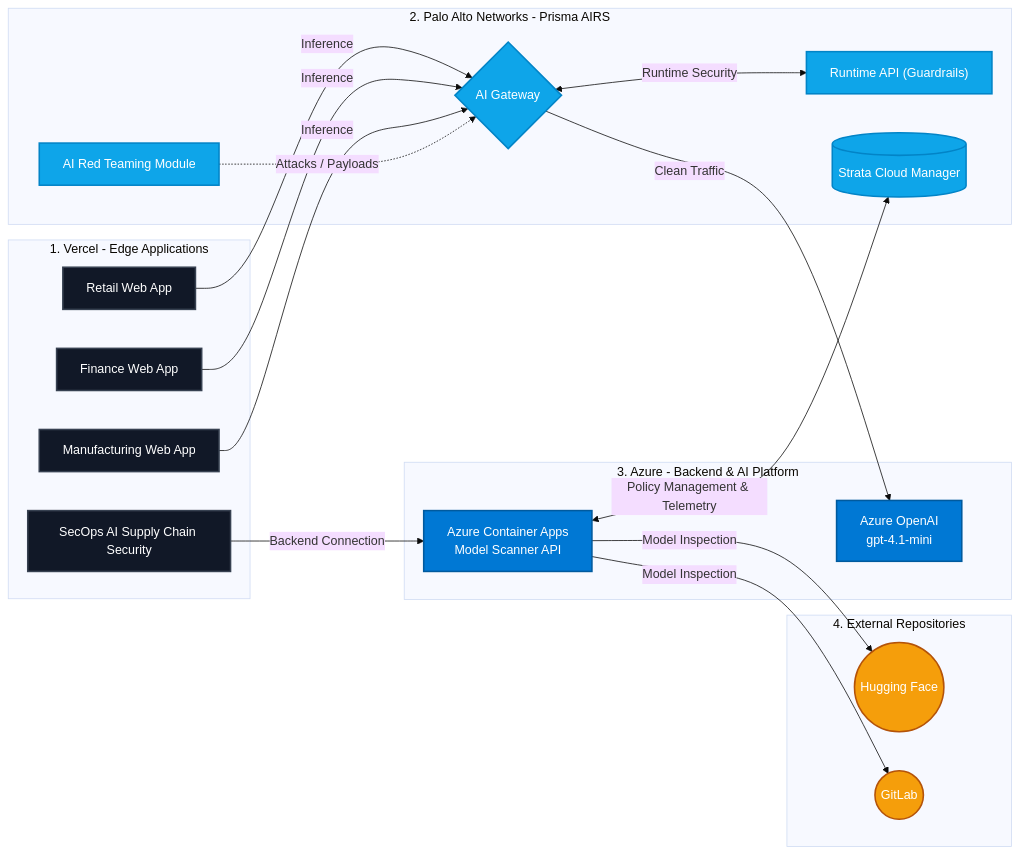
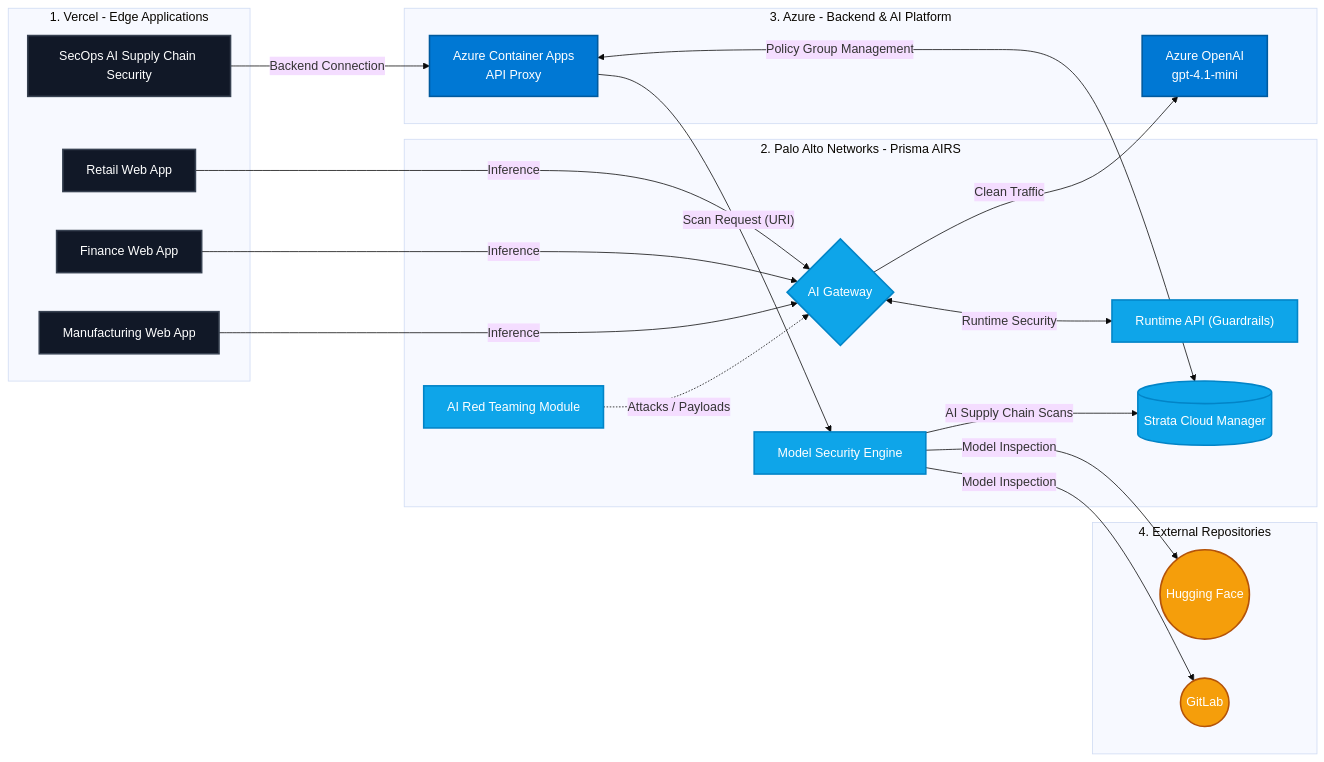
The diagram in README.md (odobarro/prisma-airs-azure-demo-kit), drawn with Mermaid (base theme) before and after one commit.

Commit message:
readme infromation expanded

````diff
--- a/README.md
+++ b/README.md
@@ -14,47 +14,51 @@
 ```mermaid
 graph LR
     %% Styling Definitions (Palo Alto, Azure, and Vercel Colors)
     classDef frontend fill:#111827,stroke:#374151,stroke-width:2px,color:#fff;
     classDef prisma fill:#0ea5e9,stroke:#0284c7,stroke-width:2px,color:#fff;
     classDef azure fill:#0078D4,stroke:#005A9E,stroke-width:2px,color:#fff;
     classDef external fill:#f59e0b,stroke:#b45309,stroke-width:2px,color:#fff;
 
     subgraph Consumption_Layer ["1. Vercel - Edge Applications"]
         R["Retail Web App"]:::frontend
         F["Finance Web App"]:::frontend
         M["Manufacturing Web App"]:::frontend
         S["SecOps AI Supply Chain Security"]:::frontend
     end
 
     subgraph Security_Layer ["2. Palo Alto Networks - Prisma AIRS"]
         GW{"AI Gateway"}:::prisma
         RT["Runtime API (Guardrails)"]:::prisma
         RED["AI Red Teaming Module"]:::prisma
+        MS["Model Security Engine"]:::prisma
         SCM[("Strata Cloud Manager")]:::prisma
     end
 
     subgraph Infrastructure_Layer ["3. Azure - Backend & AI Platform"]
         OAI["Azure OpenAI <br/> gpt-4.1-mini"]:::azure
-        ACA["Azure Container Apps <br/> Model Scanner API"]:::azure
+        ACA["Azure Container Apps <br/> API Proxy"]:::azure
     end
 
     subgraph Supply_Chain ["4. External Repositories"]
         HF(("Hugging Face")):::external
         GL(("GitLab")):::external
     end
 
     %% Runtime Security & Red Teaming Flows
     R -->|"Inference"| GW
     F -->|"Inference"| GW
     M -->|"Inference"| GW
     RED -.->|"Attacks / Payloads"| GW
     
     GW <-->|"Runtime Security"| RT
     GW -->|"Clean Traffic"| OAI
 
     %% SecOps (Model Security) Flows
     S -->|"Backend Connection"| ACA
-    ACA <-->|"Policy Management & Telemetry"| SCM
-    ACA -->|"Model Inspection"| HF
-    ACA -->|"Model Inspection"| GL
+    ACA -->|"Scan Request (URI)"| MS
+    ACA <-->|"Policy Group Management"| SCM
+    
+    MS -->|"Model Inspection"| HF
+    MS -->|"Model Inspection"| GL
+    MS -->|"AI Supply Chain Scans"| SCM
 ```
````
